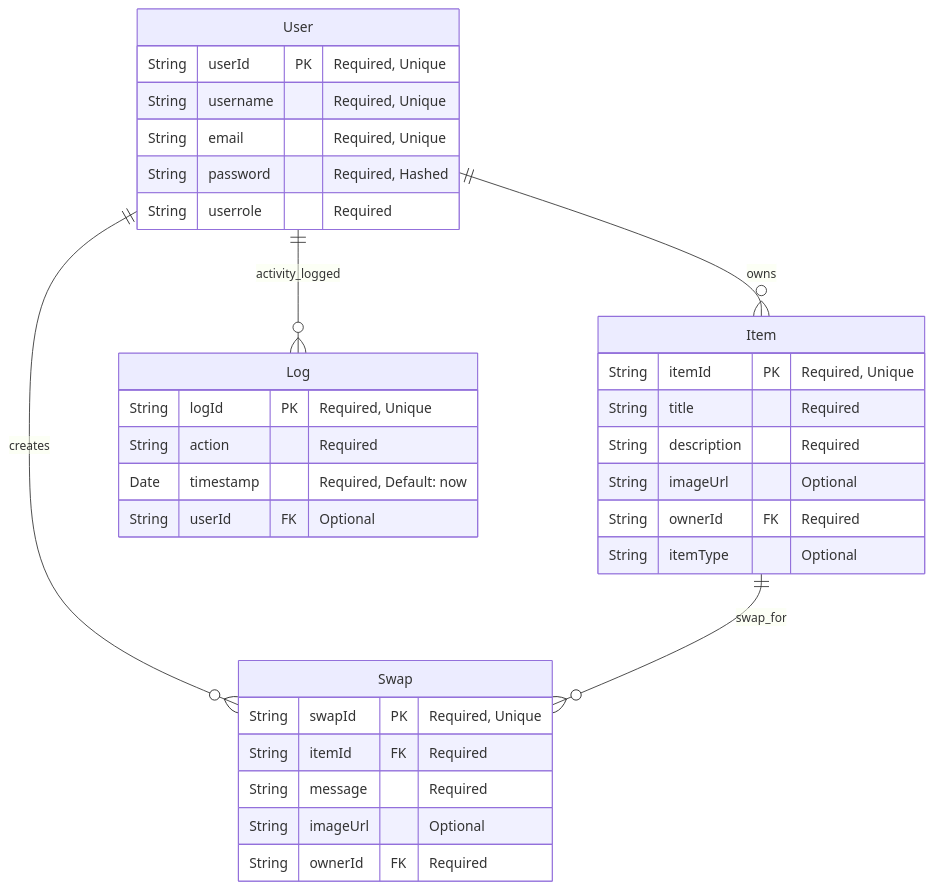
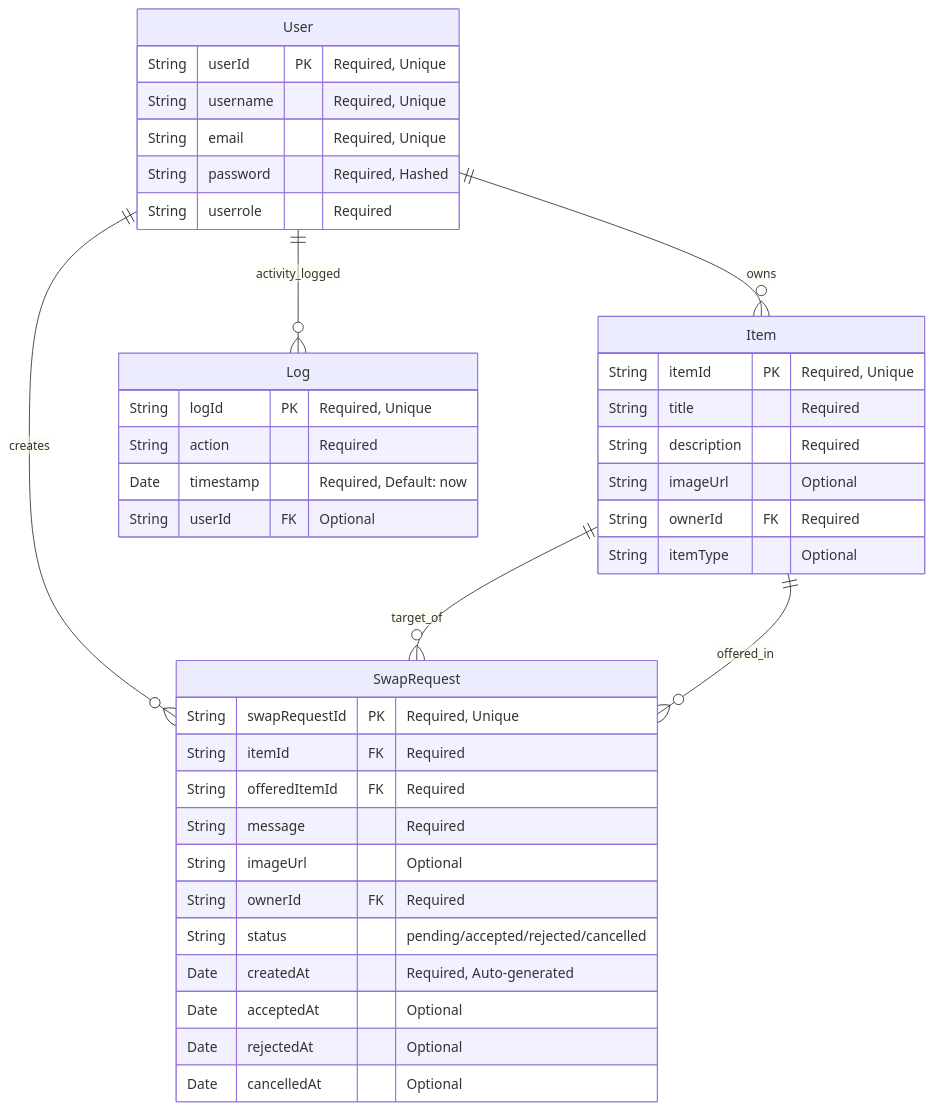
Before and after one commit to max3nn/home-swap: the diagram in docs/DATABASE_SCHEMA.md, drawn with Mermaid. The commit also changed other lines of this file and 4 other files, not shown here.

Commit message:
Added indexes to schema items

````diff
--- a/docs/DATABASE_SCHEMA.md
+++ b/docs/DATABASE_SCHEMA.md
@@ -7,39 +7,46 @@
 ```mermaid
 erDiagram
     User {
         String userId PK "Required, Unique"
         String username "Required, Unique"
         String email "Required, Unique"
         String password "Required, Hashed"
         String userrole "Required"
     }
 
     Item {
         String itemId PK "Required, Unique"
         String title "Required"
         String description "Required"
         String imageUrl "Optional"
         String ownerId FK "Required"
         String itemType "Optional"
     }
 
-    Swap {
-        String swapId PK "Required, Unique"
+    SwapRequest {
+        String swapRequestId PK "Required, Unique"
         String itemId FK "Required"
+        String offeredItemId FK "Required"
         String message "Required"
         String imageUrl "Optional"
         String ownerId FK "Required"
+        String status "pending/accepted/rejected/cancelled"
+        Date createdAt "Required, Auto-generated"
+        Date acceptedAt "Optional"
+        Date rejectedAt "Optional"
+        Date cancelledAt "Optional"
     }
 
     Log {
         String logId PK "Required, Unique"
         String action "Required"
         Date timestamp "Required, Default: now"
         String userId FK "Optional"
     }
 
     User ||--o{ Item : owns
-    User ||--o{ Swap : creates
-    Item ||--o{ Swap : "swap_for"
+    User ||--o{ SwapRequest : creates
+    Item ||--o{ SwapRequest : "target_of"
+    Item ||--o{ SwapRequest : "offered_in"
     User ||--o{ Log : "activity_logged"
 ```
````
